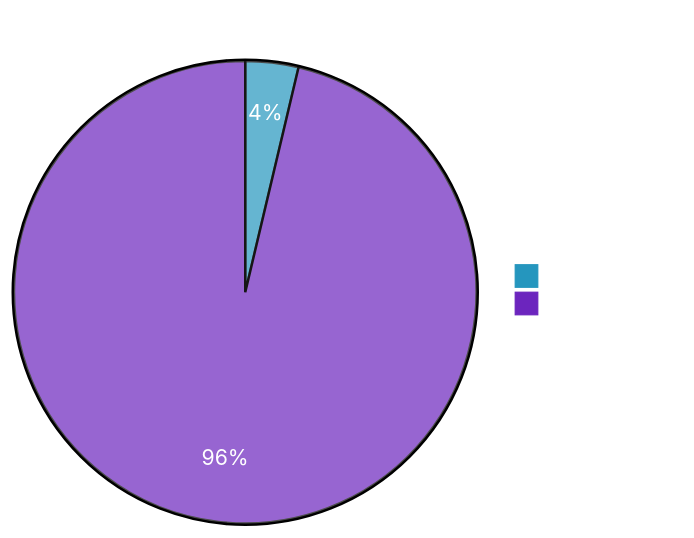
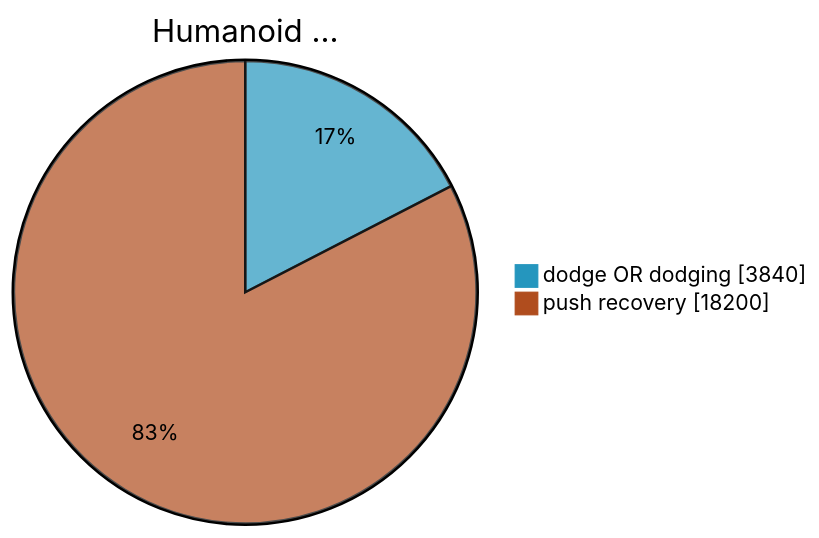
One commit to DominicZahn/Project_Neo changed the diagram in docu/projectNeo/ProjectNeo/slides.md. Above: the diagram before and after it, drawn with Mermaid. The commit also changed other lines of this file and 2 other files, not shown here.

````diff
--- a/docu/projectNeo/ProjectNeo/slides.md
+++ b/docu/projectNeo/ProjectNeo/slides.md
@@ -94,19 +92,18 @@
 ```mermaid
 %%{
   init: {
     'theme': 'base',
     'themeVariables': {
       'primaryColor': '#2596be',
-      'primaryTextColor': '#fff',
+      'primaryTextColor': '#000',
       'primaryBorderColor': '#7C0000',
-      'lineColor': '#F8B229',
-      'secondaryColor': '#6c25be',
+      'secondaryColor': '#b04d1e',
       'tertiaryColor': '#bea925'
     }
   }
 }%%
 pie showData
-    title Push recovery is overated
-    "Dodge" : 1000
-    "Push" : 26000
+    title Humanoid ...
+    "dodge OR dodging" : 3840
+    "push recovery" : 18200
 ```
````
